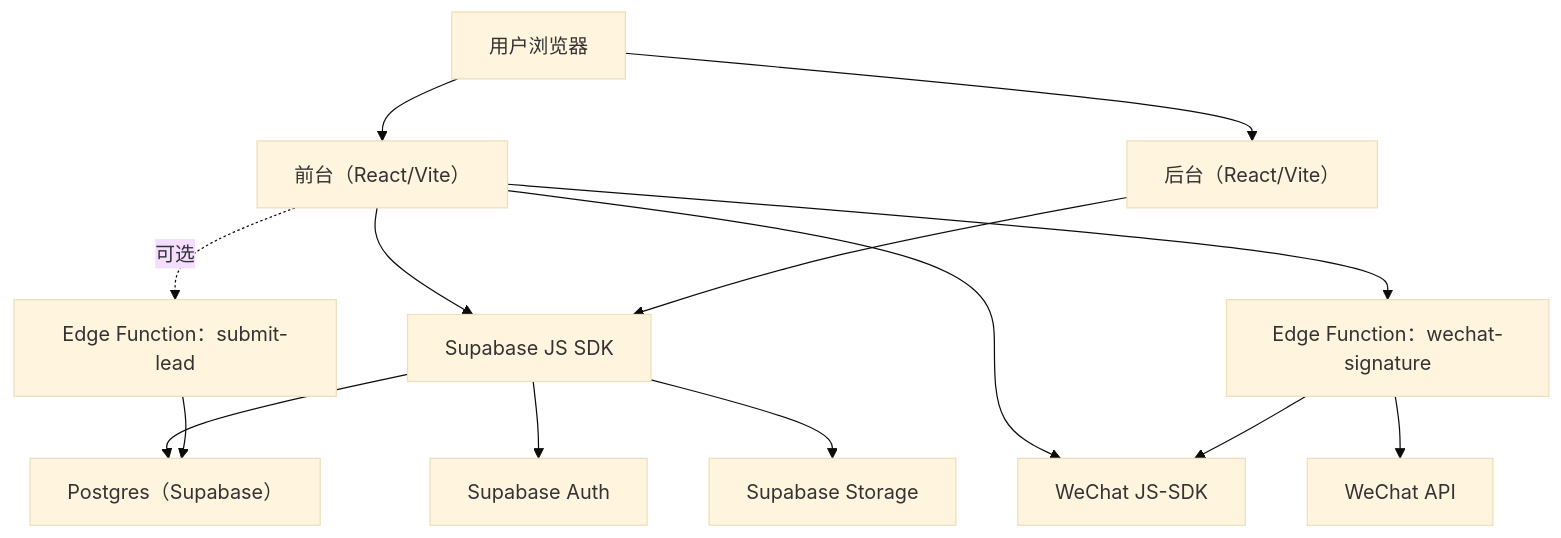
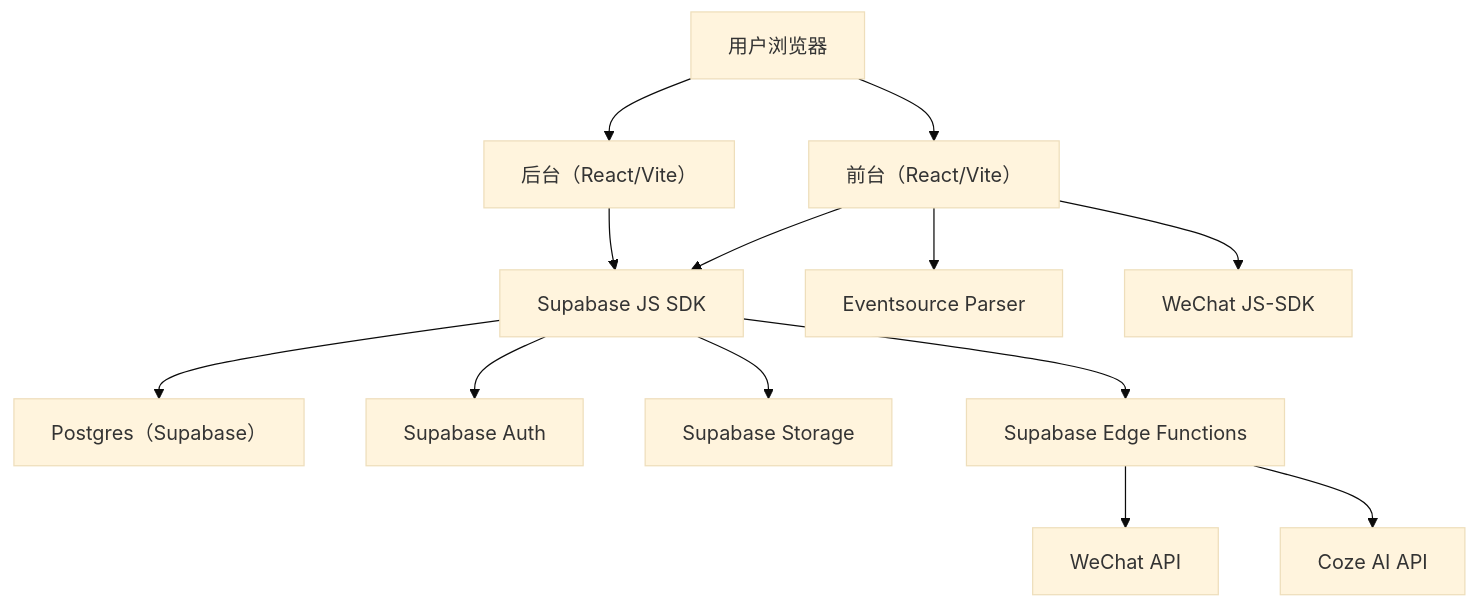
One commit to michaelzhangzy-alt/AI-meizhouyike changed the diagram in .trae/documents/技术架构_培训机构官网_整体.md. Above: the diagram before and after it, drawn with Mermaid (base theme). The commit also changed other lines of this file and 3 other files, not shown here.

````diff
--- a/.trae/documents/技术架构_培训机构官网_整体.md
+++ b/.trae/documents/技术架构_培训机构官网_整体.md
@@ -7,20 +7,20 @@
 ```mermaid
 graph TD
   U["用户浏览器"] --> FE["前台（React/Vite）"]
   U --> ADM["后台（React/Vite）"]
 
   FE --> SBJS["Supabase JS SDK"]
   ADM --> SBJS
+  
+  FE --> AIPARSER["Eventsource Parser"]
 
   SBJS --> DB["Postgres（Supabase）"]
   SBJS --> AUTH["Supabase Auth"]
   SBJS --> STO["Supabase Storage"]
+  SBJS --> EDGE["Supabase Edge Functions"]
+
+  EDGE --> WXAPI["WeChat API"]
+  EDGE --> COZE["Coze AI API"]
 
   FE --> WXSDK["WeChat JS-SDK"]
-  FE --> WXFN["Edge Function：wechat-signature"]
-  WXFN --> WXAPI["WeChat API"]
-  WXFN --> WXSDK
-
-  FE -. 可选 .-> LEADFN["Edge Function：submit-lead"]
-  LEADFN --> DB
 ```
````
